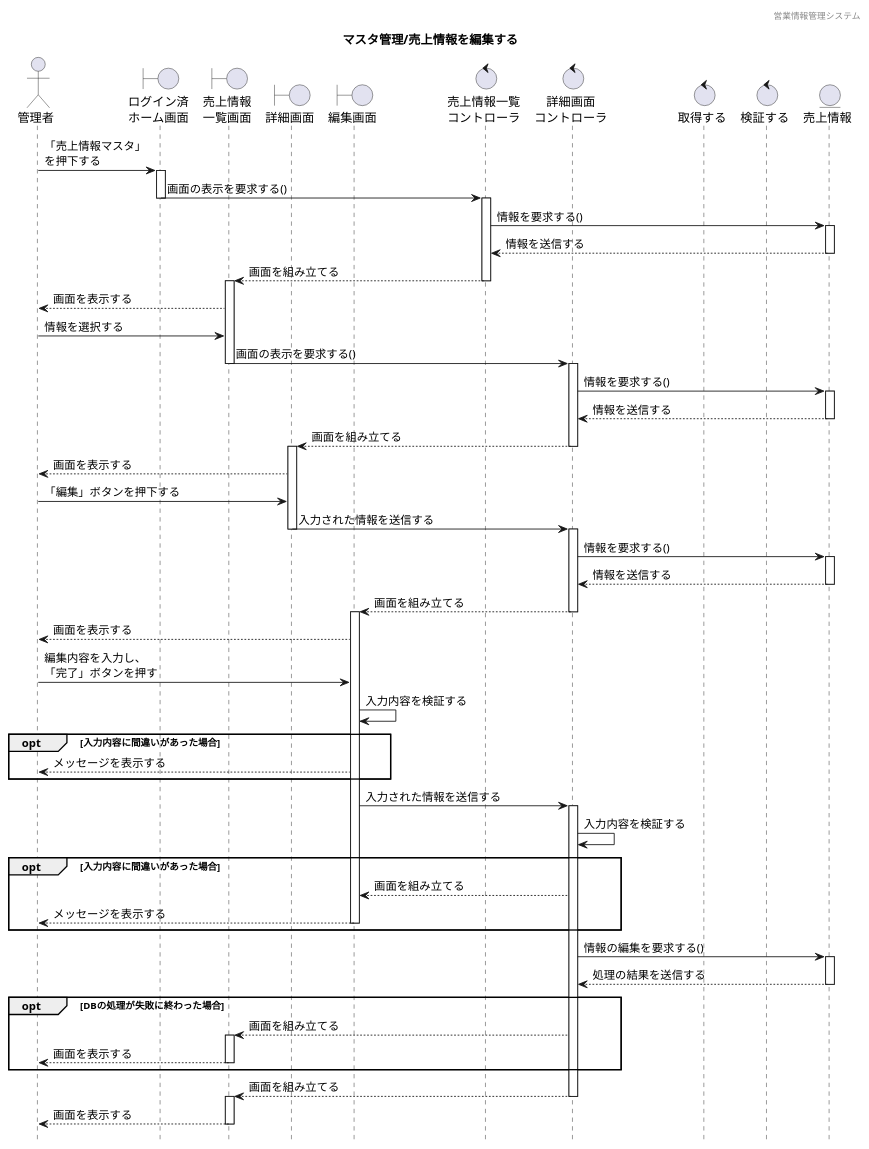
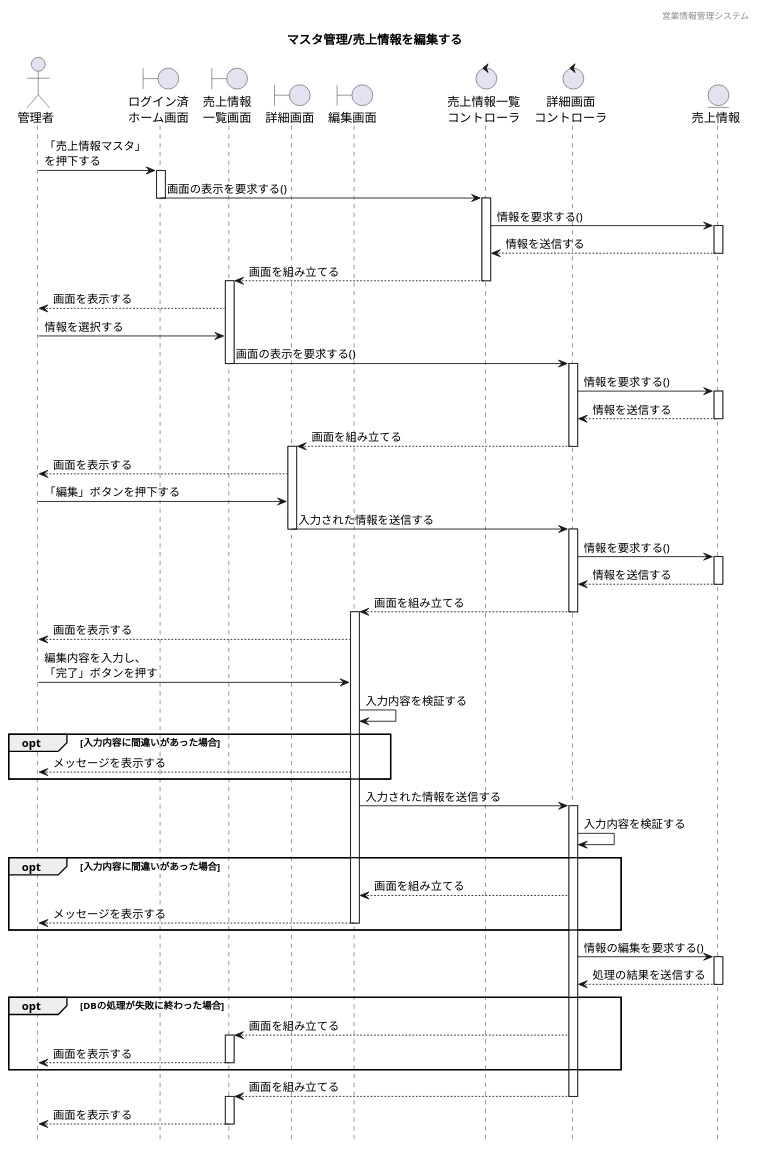
Before and after one commit to HaruShim/Sotuken: the diagram in 各種設計書/4シーケンス図/マスタ管理/6.売上情報マスタ/売上情報管理_編集.plantuml, drawn with PlantUML. The commit also changed 4 other files, not shown here.

```diff
--- a/各種設計書/4シーケンス図/マスタ管理/6.売上情報マスタ/売上情報管理_編集.plantuml
+++ b/各種設計書/4シーケンス図/マスタ管理/6.売上情報マスタ/売上情報管理_編集.plantuml
@@ -1,92 +1,90 @@
 @startuml ../../images/売上情報マスタ/売上情報管理_編集
 
 hide footbox
 header 営業情報管理システム
 title マスタ管理/売上情報を編集する
 
 ' actor "" as a
 actor "管理者" as a1
 
 ' boundary "" as b
 boundary "ログイン済\nホーム画面" as b1
 boundary "売上情報\n一覧画面" as b2
 boundary "詳細画面" as b3
 boundary "編集画面" as b4
 
 ' control "" as c
 control "売上情報一覧\nコントローラ" as c1
 control "詳細画面\nコントローラ" as c2
-control "取得する" as c3
-control "検証する" as c4
 
 ' entity "" as e
 entity "売上情報" as e1
 
 a1 -> b1:「売上情報マスタ」\nを押下する
 activate b1
 b1 -> c1:画面の表示を要求する()
 deactivate b1
 activate c1
 c1 -> e1 : 情報を要求する()
 activate e1
 e1 --> c1 : 情報を送信する
 deactivate e1
 c1 --> b2: 画面を組み立てる
 deactivate c1
 activate b2
 b2 --> a1 : 画面を表示する
 a1 -> b2 : 情報を選択する
 b2 -> c2 : 画面の表示を要求する()
 deactivate b2
 activate c2
 c2 -> e1 : 情報を要求する()
 activate e1
 e1 --> c2 : 情報を送信する
 deactivate e1
 c2 --> b3 : 画面を組み立てる
 deactivate c2
 activate b3
 b3 --> a1 : 画面を表示する
 a1 -> b3 : 「編集」ボタンを押下する
 b3 -> c2 : 入力された情報を送信する
 deactivate b3
 activate c2
 c2 -> e1 : 情報を要求する()
 activate e1
 e1 --> c2 : 情報を送信する
 deactivate e1
 c2 --> b4 : 画面を組み立てる
 deactivate c2
 activate b4
 b4 --> a1 : 画面を表示する
 a1 -> b4 : 編集内容を入力し、\n「完了」ボタンを押す
 b4 -> b4 : 入力内容を検証する
 opt 入力内容に間違いがあった場合
 b4 --> a1 : メッセージを表示する
 end
 b4 -> c2 : 入力された情報を送信する
 activate c2
 c2 -> c2 : 入力内容を検証する
 opt 入力内容に間違いがあった場合
 c2 --> b4: 画面を組み立てる
 b4 --> a1 : メッセージを表示する 
 deactivate b4
 end
 c2 -> e1 : 情報の編集を要求する()
 activate e1
 e1 --> c2 : 処理の結果を送信する
 deactivate e1
 opt DBの処理が失敗に終わった場合
 c2 --> b2 : 画面を組み立てる
 
 activate b2
 b2 --> a1 : 画面を表示する
 deactivate b2
 end
 c2 --> b2 : 画面を組み立てる
 deactivate c2
 activate b2
 b2 --> a1 : 画面を表示する
 deactivate b2
 
 @enduml
```
